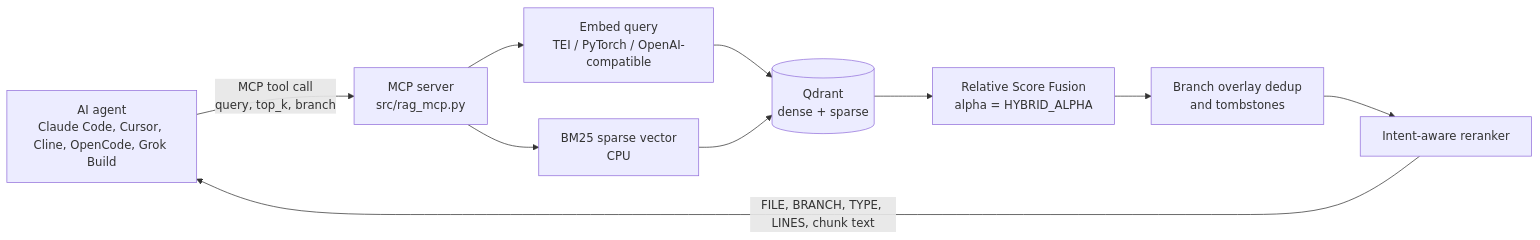
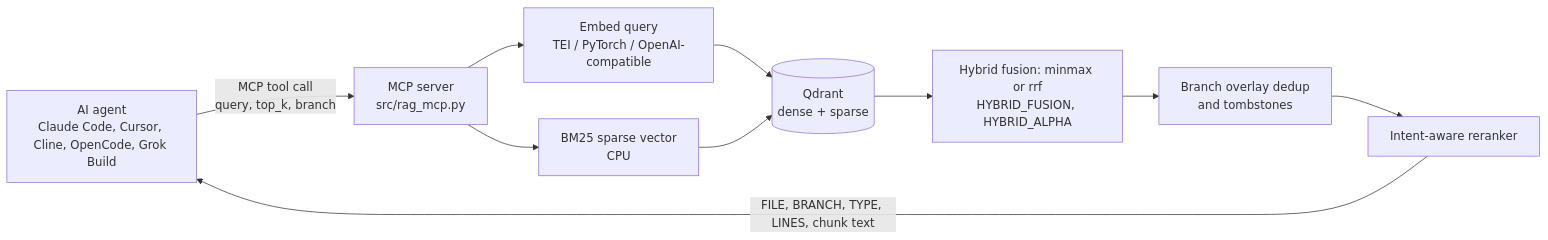
One commit to jakubstuglik/hybrid-code-rag-mcp changed the first of 2 diagrams in README.md. Above: the diagram before and after it, drawn with Mermaid. The commit also changed other lines of this file and 10 other files, not shown here.

First line of the commit message:
retrieval: configurable hybrid fusion (HYBRID_FUSION = minmax | rrf, HYBRID_RRF_K)

````diff
--- a/README.md
+++ b/README.md
@@ -65,12 +65,12 @@
 ```mermaid
 flowchart LR
     A[AI agent<br/>Claude Code, Cursor, Cline, OpenCode, Grok Build] -->|MCP tool call<br/>query, top_k, branch| M[MCP server<br/>src/rag_mcp.py]
     M --> E[Embed query<br/>TEI / PyTorch / OpenAI-compatible]
     M --> S[BM25 sparse vector<br/>CPU]
     E --> Q[(Qdrant<br/>dense + sparse)]
     S --> Q
-    Q --> F[Relative Score Fusion<br/>alpha = HYBRID_ALPHA]
+    Q --> F[Hybrid fusion: minmax or rrf<br/>HYBRID_FUSION, HYBRID_ALPHA]
     F --> D[Branch overlay dedup<br/>and tombstones]
     D --> R[Intent-aware reranker]
     R -->|FILE, BRANCH, TYPE, LINES, chunk text| A
 ```
````
